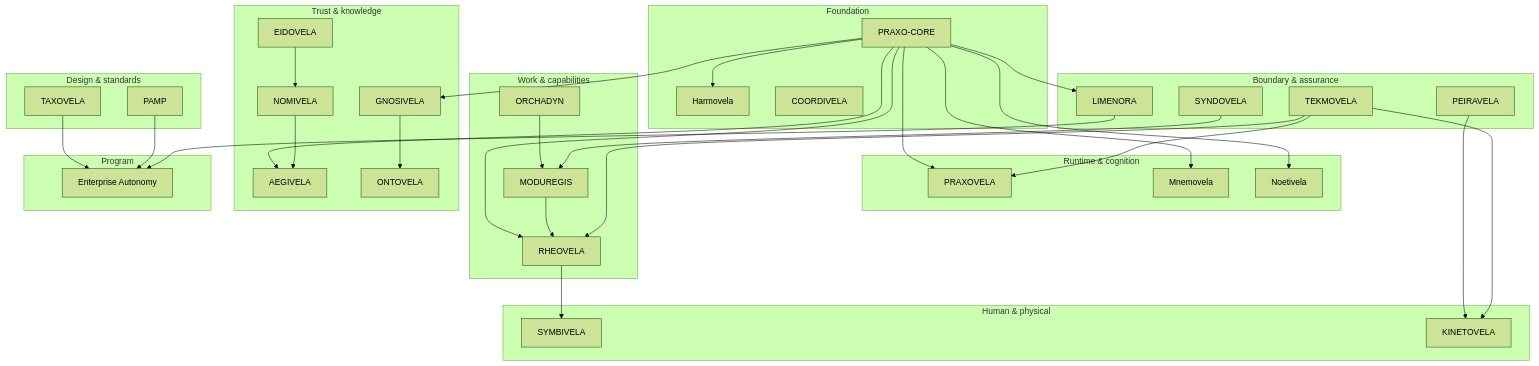
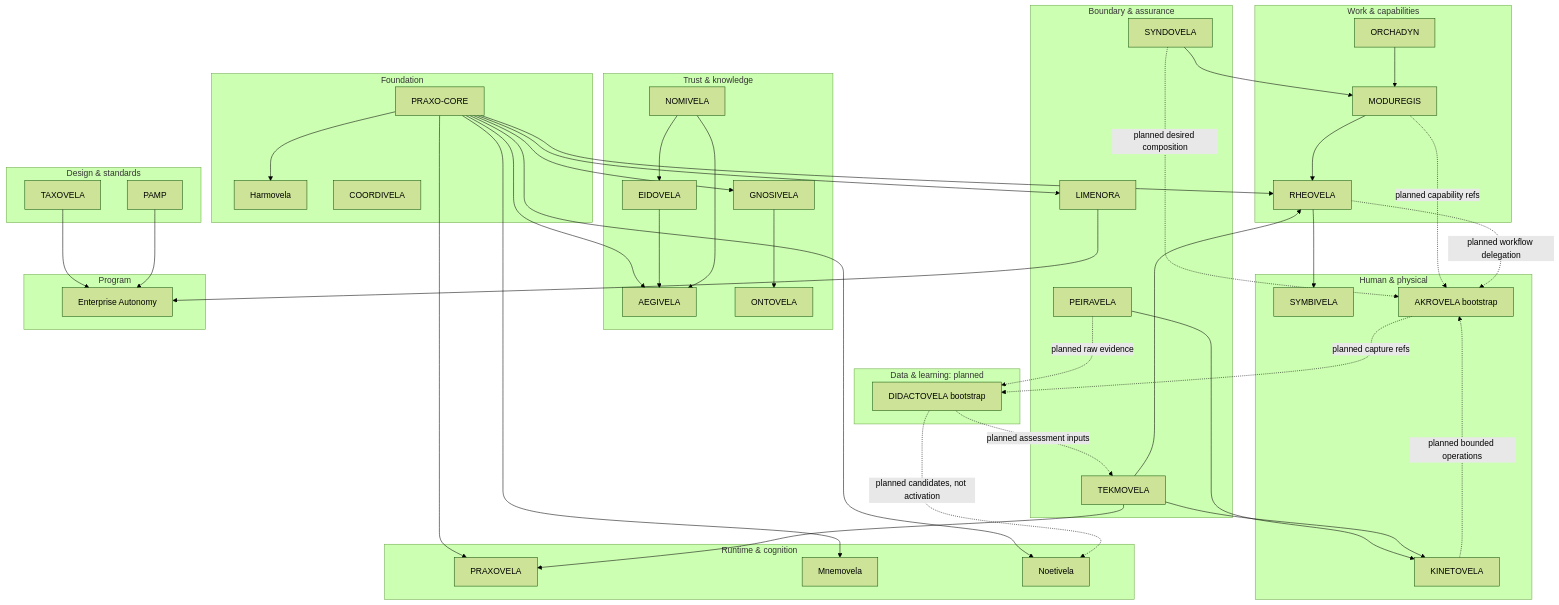
The diagram in docs/ecosystem-map.md (axisvela/axisvela-open), drawn with Mermaid (forest theme) before and after one commit. The commit also changed other lines of this file and 42 other files, not shown here.

````diff
--- a/docs/ecosystem-map.md
+++ b/docs/ecosystem-map.md
@@ -7,65 +13,78 @@
 ```mermaid
 flowchart TB
   subgraph design["Design & standards"]
     TAX[TAXOVELA]
     PAMP[PAMP]
   end
   subgraph foundation["Foundation"]
     PC[PRAXO-CORE]
     HV[Harmovela]
     CV[COORDIVELA]
   end
   subgraph runtime["Runtime & cognition"]
     PV[PRAXOVELA]
     MN[Mnemovela]
     NV[Noetivela]
   end
   subgraph work["Work & capabilities"]
     OD[ORCHADYN]
     MR[MODUREGIS]
     RV[RHEOVELA]
   end
   subgraph trust["Trust & knowledge"]
     EI[EIDOVELA]
     NM[NOMIVELA]
     AE[AEGIVELA]
     GN[GNOSIVELA]
     ON[ONTOVELA]
   end
   subgraph boundary["Boundary & assurance"]
     LM[LIMENORA]
     TK[TEKMOVELA]
     PR[PEIRAVELA]
     SD[SYNDOVELA]
   end
   subgraph human["Human & physical"]
     SB[SYMBIVELA]
     KN[KINETOVELA]
+    AK[AKROVELA bootstrap]
+  end
+  subgraph learning["Data & learning: planned"]
+    DD[DIDACTOVELA bootstrap]
   end
   subgraph program["Program"]
     EA[Enterprise Autonomy]
   end
 
   PC --> PV
   PC --> NV
   PC --> MN
   PC --> HV
   PC --> GN
   PC --> AE
   PC --> LM
   PC --> RV
-  EI --> NM
+  NM --> EI
+  EI --> AE
   NM --> AE
   GN --> ON
   OD --> MR
   MR --> RV
   RV --> SB
   TK --> PV
   TK --> RV
   PR --> KN
   TK --> KN
   SD --> MR
   TAX --> EA
   PAMP --> EA
   LM --> EA
+  KN -. planned bounded operations .-> AK
+  SD -. planned desired composition .-> AK
+  MR -. planned capability refs .-> AK
+  RV -. planned workflow delegation .-> AK
+  AK -. planned capture refs .-> DD
+  PR -. planned raw evidence .-> DD
+  DD -. planned candidates, not activation .-> NV
+  DD -. planned assessment inputs .-> TK
 ```
````
